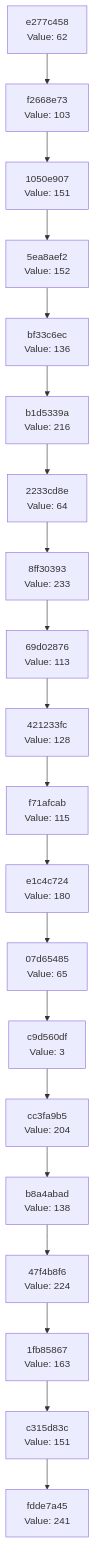
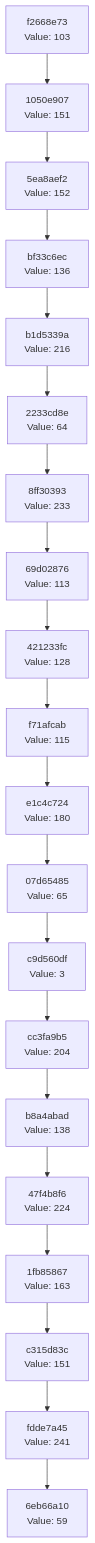
One commit to Abhisheksinha1506/hash-chain-evolver changed the diagram in docs/CHAIN_VISUALIZATION.md. Above: the diagram before and after it, drawn with Mermaid. The commit also changed 1 other file, not shown here.

Commit message:
Evolution Step

````diff
--- a/docs/CHAIN_VISUALIZATION.md
+++ b/docs/CHAIN_VISUALIZATION.md
@@ -3,42 +3,42 @@
 ```mermaid
 graph TD
-    C0["fdde7a45<br/>Value: 241"]
-    C1["c315d83c<br/>Value: 151"]
+    C0["6eb66a10<br/>Value: 59"]
+    C1["fdde7a45<br/>Value: 241"]
     C1 --> C0
-    C2["1fb85867<br/>Value: 163"]
+    C2["c315d83c<br/>Value: 151"]
     C2 --> C1
-    C3["47f4b8f6<br/>Value: 224"]
+    C3["1fb85867<br/>Value: 163"]
     C3 --> C2
-    C4["b8a4abad<br/>Value: 138"]
+    C4["47f4b8f6<br/>Value: 224"]
     C4 --> C3
-    C5["cc3fa9b5<br/>Value: 204"]
+    C5["b8a4abad<br/>Value: 138"]
     C5 --> C4
-    C6["c9d560df<br/>Value: 3"]
+    C6["cc3fa9b5<br/>Value: 204"]
     C6 --> C5
-    C7["07d65485<br/>Value: 65"]
+    C7["c9d560df<br/>Value: 3"]
     C7 --> C6
-    C8["e1c4c724<br/>Value: 180"]
+    C8["07d65485<br/>Value: 65"]
     C8 --> C7
-    C9["f71afcab<br/>Value: 115"]
+    C9["e1c4c724<br/>Value: 180"]
     C9 --> C8
-    C10["421233fc<br/>Value: 128"]
+    C10["f71afcab<br/>Value: 115"]
     C10 --> C9
-    C11["69d02876<br/>Value: 113"]
+    C11["421233fc<br/>Value: 128"]
     C11 --> C10
-    C12["8ff30393<br/>Value: 233"]
+    C12["69d02876<br/>Value: 113"]
     C12 --> C11
-    C13["2233cd8e<br/>Value: 64"]
+    C13["8ff30393<br/>Value: 233"]
     C13 --> C12
-    C14["b1d5339a<br/>Value: 216"]
+    C14["2233cd8e<br/>Value: 64"]
     C14 --> C13
-    C15["bf33c6ec<br/>Value: 136"]
+    C15["b1d5339a<br/>Value: 216"]
     C15 --> C14
-    C16["5ea8aef2<br/>Value: 152"]
+    C16["bf33c6ec<br/>Value: 136"]
     C16 --> C15
-    C17["1050e907<br/>Value: 151"]
+    C17["5ea8aef2<br/>Value: 152"]
     C17 --> C16
-    C18["f2668e73<br/>Value: 103"]
+    C18["1050e907<br/>Value: 151"]
     C18 --> C17
-    C19["e277c458<br/>Value: 62"]
+    C19["f2668e73<br/>Value: 103"]
     C19 --> C18
 ```
````
